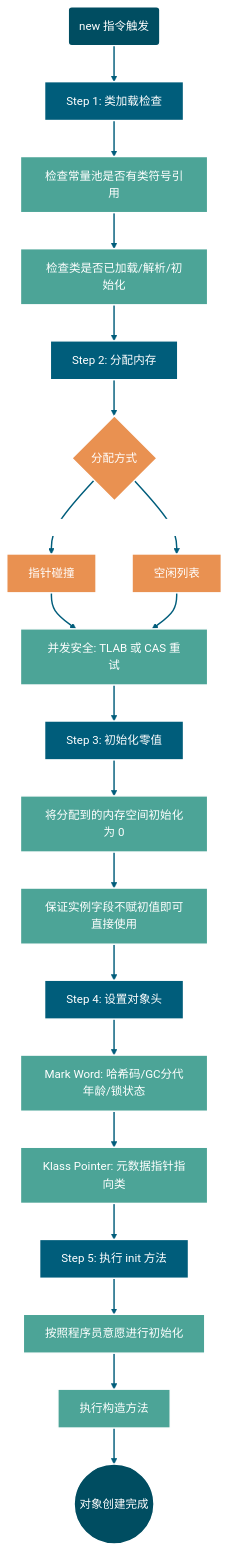
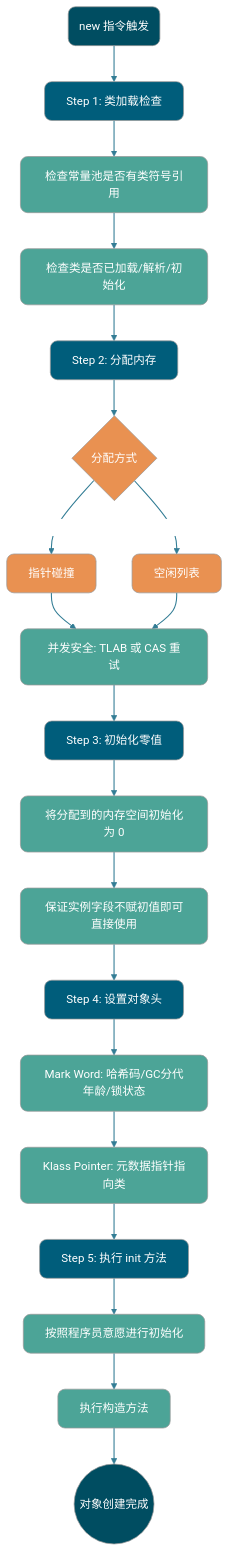
The ninth of 9 diagrams in docs/java/jvm/memory-area.md (Snailclimb/JavaGuide), drawn with Mermaid (neutral theme) before and after one commit. The commit also changed other lines of this file and 7 other files, not shown here.

Commit message:
docs：mermaid 配图样式优化

````diff
--- a/docs/java/jvm/memory-area.md
+++ b/docs/java/jvm/memory-area.md
@@ -592,38 +590,38 @@
 ```mermaid
 graph TD
     %% 颜色定义
-    classDef root fill:#004D61,stroke:#fff,stroke-width:2px,color:#fff;
-    classDef step fill:#005D7B,stroke:#fff,stroke-width:2px,color:#fff;
-    classDef detail fill:#4CA497,stroke:#fff,stroke-width:2px,color:#fff;
-    classDef logic fill:#E99151,stroke:#fff,stroke-width:2px,color:#fff;
+    classDef root fill:#004D61,color:#fff,rx:10,ry:10;
+    classDef step fill:#005D7B,color:#fff,rx:10,ry:10;
+    classDef detail fill:#4CA497,color:#fff,rx:10,ry:10;
+    classDef logic fill:#E99151,color:#fff,rx:10,ry:10;
 
     %% 核心流程
     Start(new 指令触发):::root
 
     Start --> S1[Step 1: 类加载检查]:::step
     S1 --> S1_1[检查常量池是否有类符号引用]:::detail
     S1_1 --> S1_2[检查类是否已加载/解析/初始化]:::detail
 
     S1_2 --> S2[Step 2: 分配内存]:::step
     S2 --> S2_Method{分配方式}:::logic
     S2_Method -->|堆内存规整| S2_A[指针碰撞]:::logic
     S2_Method -->|堆内存交错| S2_B[空闲列表]:::logic
     S2_A & S2_B --> S2_Safe[并发安全: TLAB 或 CAS 重试]:::detail
 
     S2_Safe --> S3[Step 3: 初始化零值]:::step
     S3 --> S3_1[将分配到的内存空间初始化为 0]:::detail
     S3_1 --> S3_2[保证实例字段不赋初值即可直接使用]:::detail
 
     S3_2 --> S4[Step 4: 设置对象头]:::step
     S4 --> S4_1[Mark Word: 哈希码/GC分代年龄/锁状态]:::detail
     S4_1 --> S4_2[Klass Pointer: 元数据指针指向类]:::detail
 
     S4_2 --> S5[Step 5: 执行 init 方法]:::step
     S5 --> S5_1[按照程序员意愿进行初始化]:::detail
     S5_1 --> S5_2[执行构造方法]:::detail
 
     S5_2 --> End((对象创建完成)):::root
 
     %% 线条样式
-    linkStyle default stroke:#005D7B,stroke-width:2px;
+    linkStyle default stroke:#005D7B,stroke-width:1.5px,opacity:0.8
 ```
````
